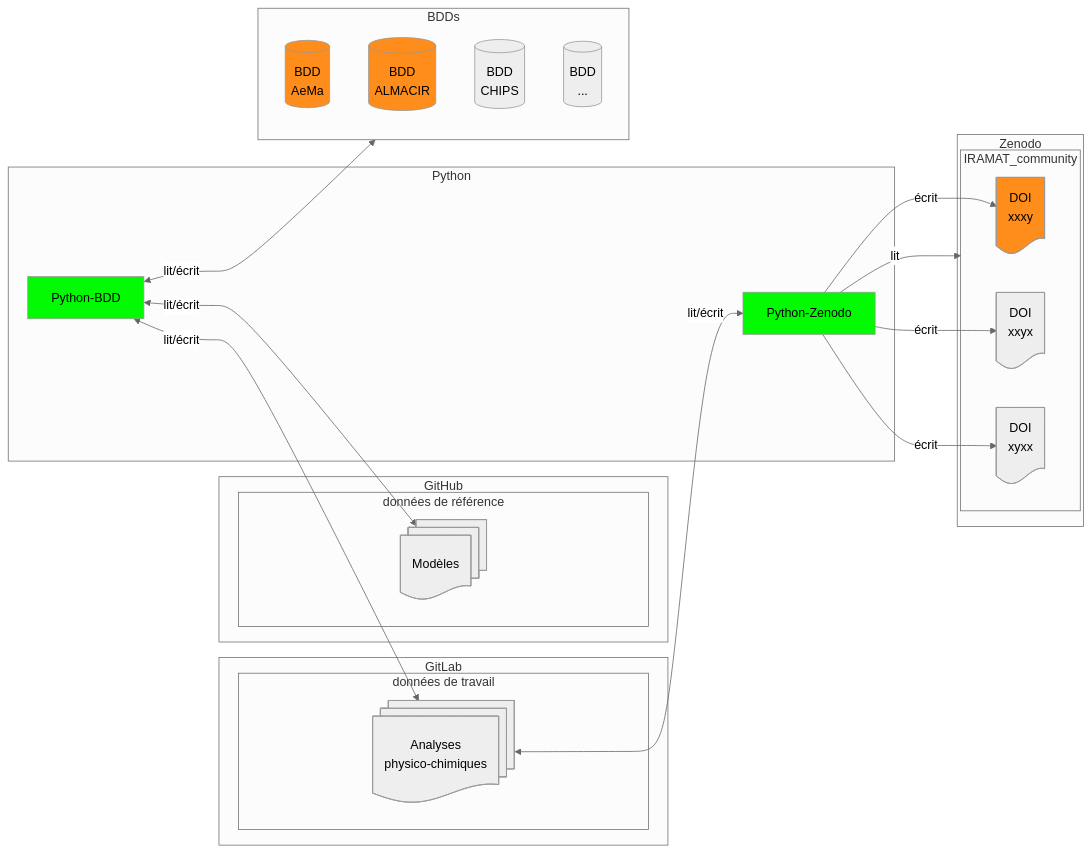
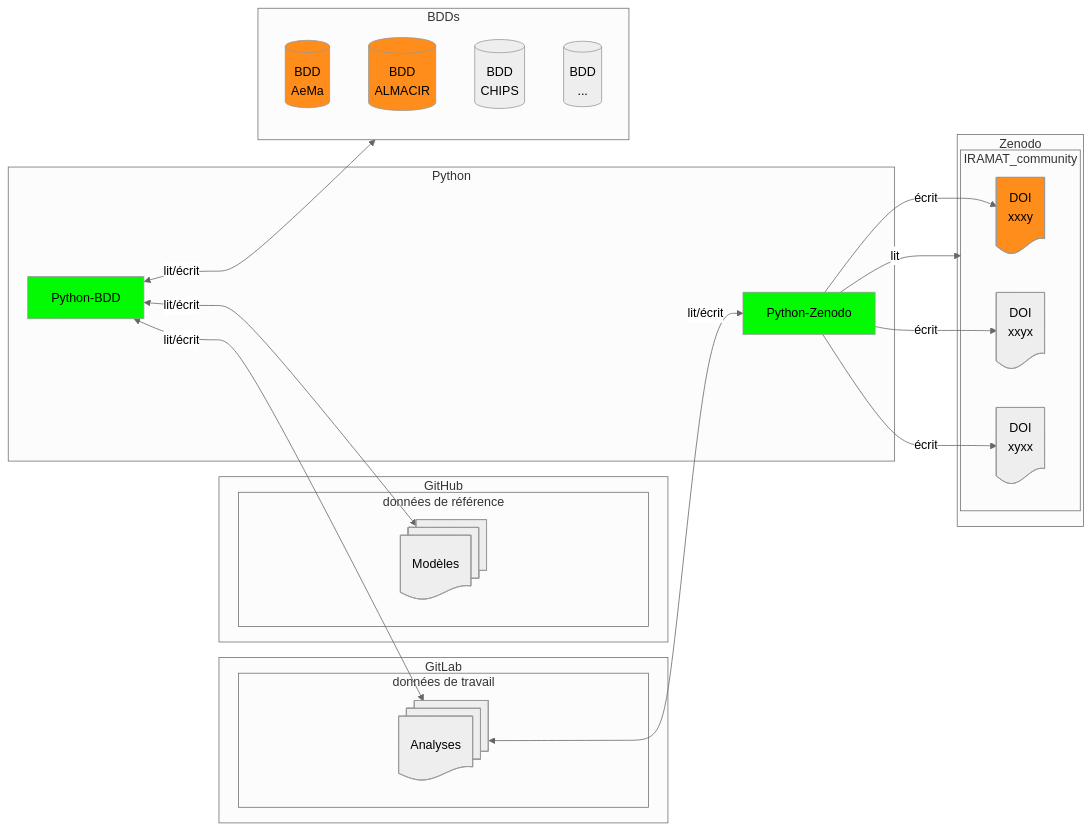
One commit to iramat/iramat-dev changed the diagram in dbs/README.md. Above: the diagram before and after it, drawn with Mermaid (neutral theme). The commit also changed other lines of this file, not shown here.

````diff
--- a/dbs/README.md
+++ b/dbs/README.md
@@ -3,43 +3,43 @@
 ```mermaid
 flowchart LR
     subgraph GitLab
         subgraph données de travail
-            A@{ shape: docs, label: "Analyses<br>physico-chimiques" }
+            A@{ shape: docs, label: "Analyses" }
         end
     end
     subgraph GitHub
         subgraph données de référence
             W@{ shape: docs, label: "Modèles" }
         end
     end
     subgraph Python
         Z@{ procs: docs, label: "Python-BDD" }
         ZZ@{ procs: docs, label: "Python-Zenodo" }
     end
     subgraph BDDs
         B[(BDD<br>AeMa)]
         H[(BDD<br>ALMACIR)]
         C[(BDD<br>CHIPS)]
         D[(BDD<br>...)]
     end
     Z <-- lit/écrit --> A;
     Z <-- lit/écrit --> W;
     A <-- lit/écrit --> ZZ;
     subgraph Zenodo
         subgraph IRAMAT_community
             ZZ -- écrit --> E@{ shape: doc, label: "DOI<br>xxxy" }
             ZZ -- écrit --> F@{ shape: doc, label: "DOI<br>xxyx" }
             ZZ -- écrit --> G@{ shape: doc, label: "DOI<br>xyxx" }
         end
     end
     Z <-- lit/écrit --> BDDs;
     ZZ -- lit --> IRAMAT_community
 
 
 click A "https://github.com/zoometh/iramat-test/blob/main/dbs/analysis_results.tsv" _blank
 style Z fill:#02fa02
 style ZZ fill:#02fa02
 style B fill:#FF8D1B
 style H fill:#FF8D1B
 style E fill:#FF8D1B
 ```
````
